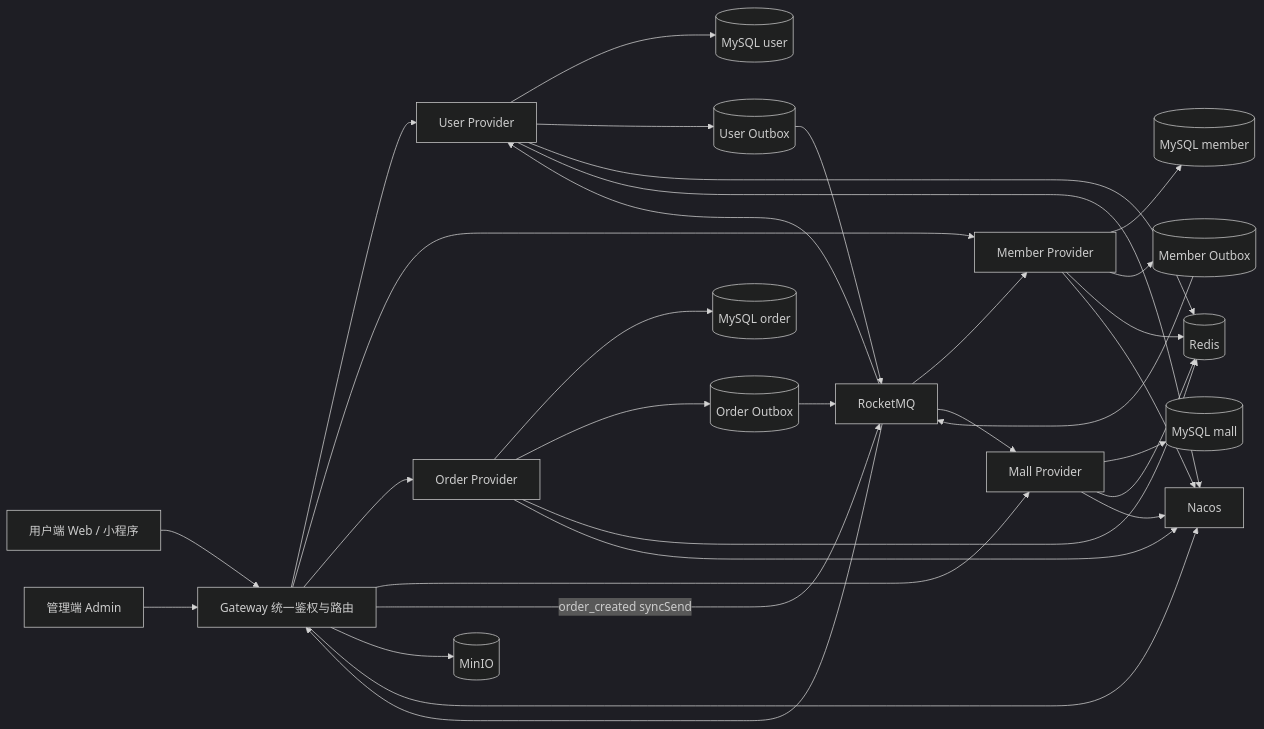
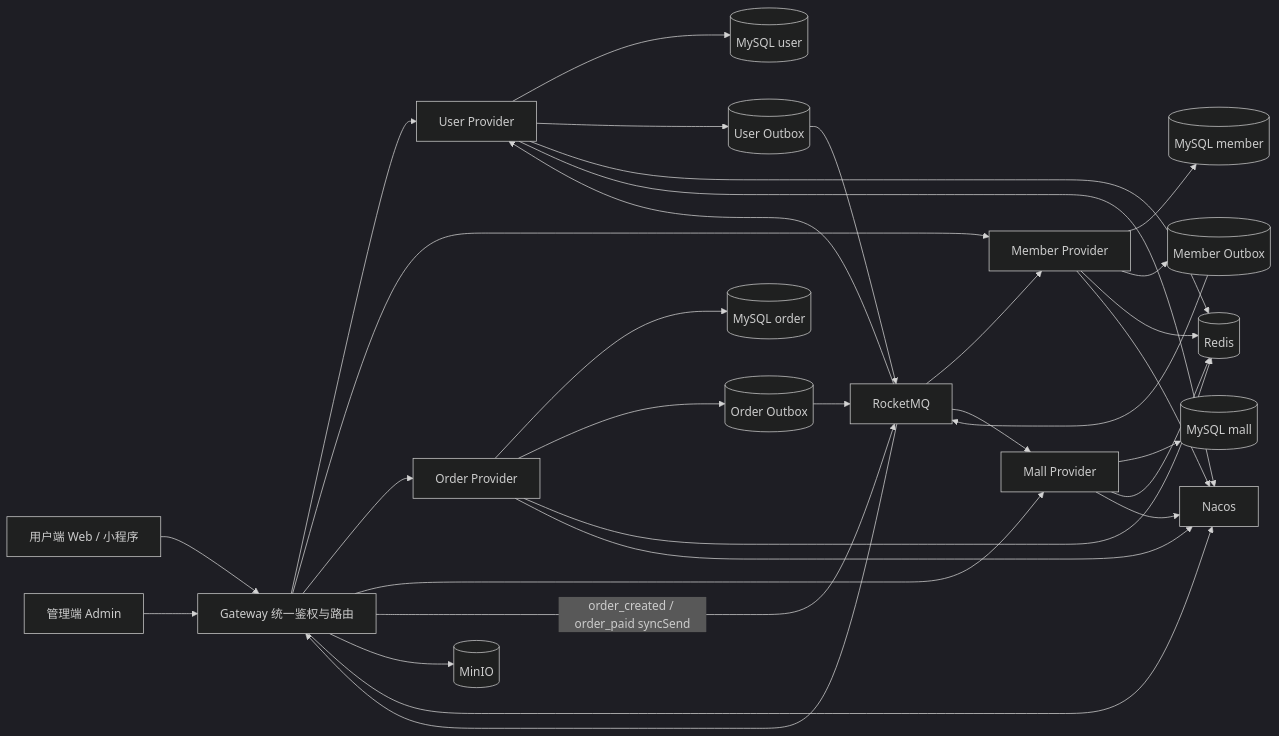
Before and after one commit to Lstarxing/cozy-coffee: the first of 4 diagrams in README.md, drawn with Mermaid (dark theme). The commit also changed other lines of this file and 3 other files, not shown here.

First line of the commit message:
docs(perf): 容量测试结果入库（300 RPS / 25 TPS），补齐 order_paid 口径

````diff
--- a/README.md
+++ b/README.md
@@ -56,40 +56,40 @@
 ```mermaid
 flowchart LR
     U[用户端 Web / 小程序] --> G[Gateway 统一鉴权与路由]
     A[管理端 Admin] --> G
 
     G --> US[User Provider]
     G --> MS[Member Provider]
     G --> OS[Order Provider]
     G --> PS[Mall Provider]
 
     US --> MYSQL1[(MySQL user)]
     MS --> MYSQL2[(MySQL member)]
     OS --> MYSQL3[(MySQL order)]
     PS --> MYSQL4[(MySQL mall)]
 
     OS --> OB[(Order Outbox)]
     US --> UB[(User Outbox)]
     MS --> MB[(Member Outbox)]
     OB --> MQ[RocketMQ]
     UB --> MQ
     MB --> MQ
-    G -->|order_created syncSend| MQ
+    G -->|order_created / order_paid syncSend| MQ
     MQ --> G
     MQ --> US
     MQ --> MS
     MQ --> PS
 
     G --> MINIO[(MinIO)]
 
     US --> R[(Redis)]
     MS --> R
     OS --> R
     PS --> R
 
     US --> N[Nacos]
     MS --> N
     OS --> N
     PS --> N
     G --> N
 ```
````
